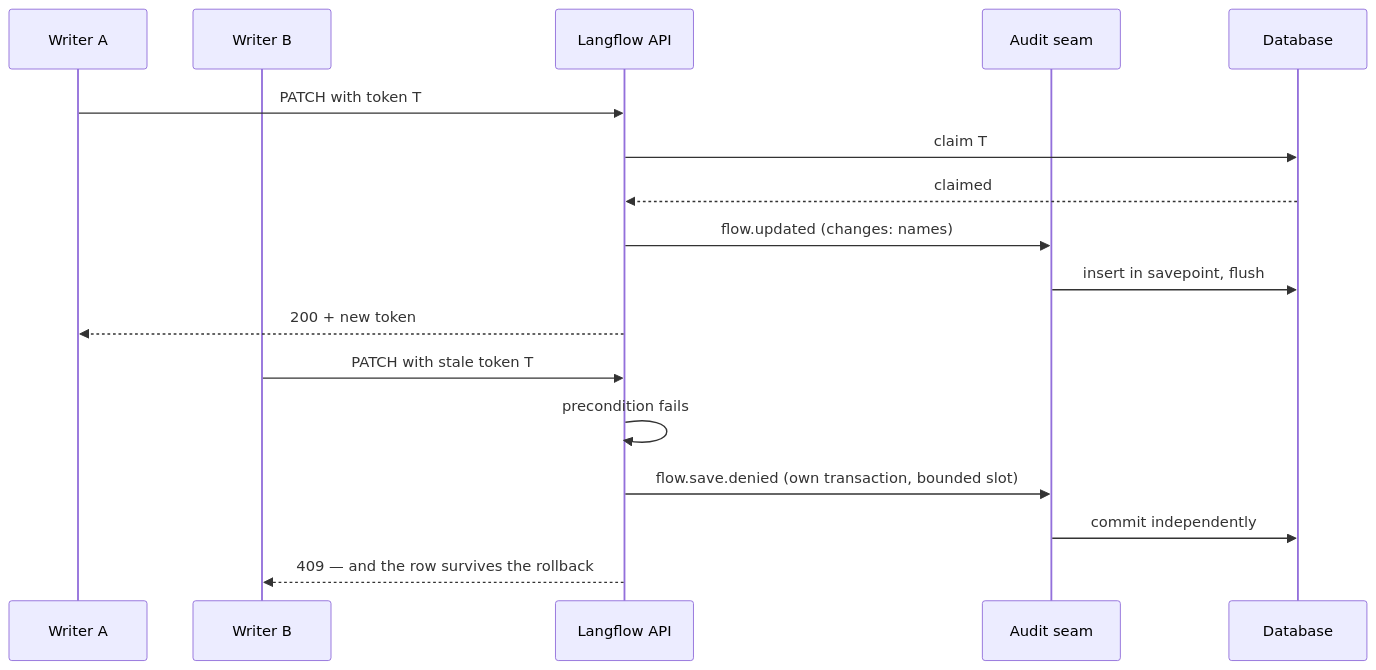
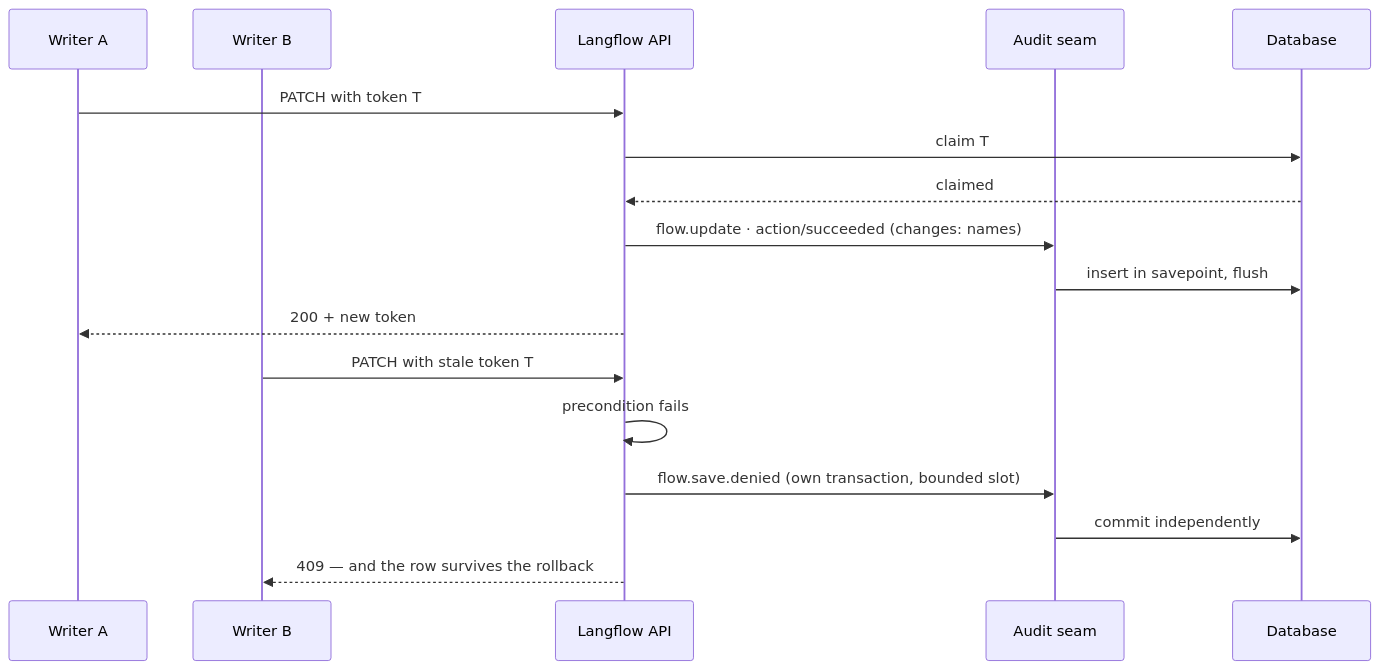
Before and after one commit to langflow-ai/langflow: the second of 2 diagrams in docs/features/application-audit-log.md, drawn with Mermaid. The commit also changed other lines of this file and 27 other files, not shown here.

````diff
--- a/docs/features/application-audit-log.md
+++ b/docs/features/application-audit-log.md
@@ -359,21 +411,21 @@
 ```mermaid
 sequenceDiagram
   participant A as Writer A
   participant B as Writer B
   participant API as Langflow API
   participant AU as Audit seam
   participant DB as Database
 
   A->>API: PATCH with token T
   API->>DB: claim T
   DB-->>API: claimed
-  API->>AU: flow.updated (changes: names)
+  API->>AU: flow.update · action/succeeded (changes: names)
   AU->>DB: insert in savepoint, flush
   API-->>A: 200 + new token
 
   B->>API: PATCH with stale token T
   API->>API: precondition fails
   API->>AU: flow.save.denied (own transaction, bounded slot)
   AU->>DB: commit independently
   API-->>B: 409 — and the row survives the rollback
 ```
````
